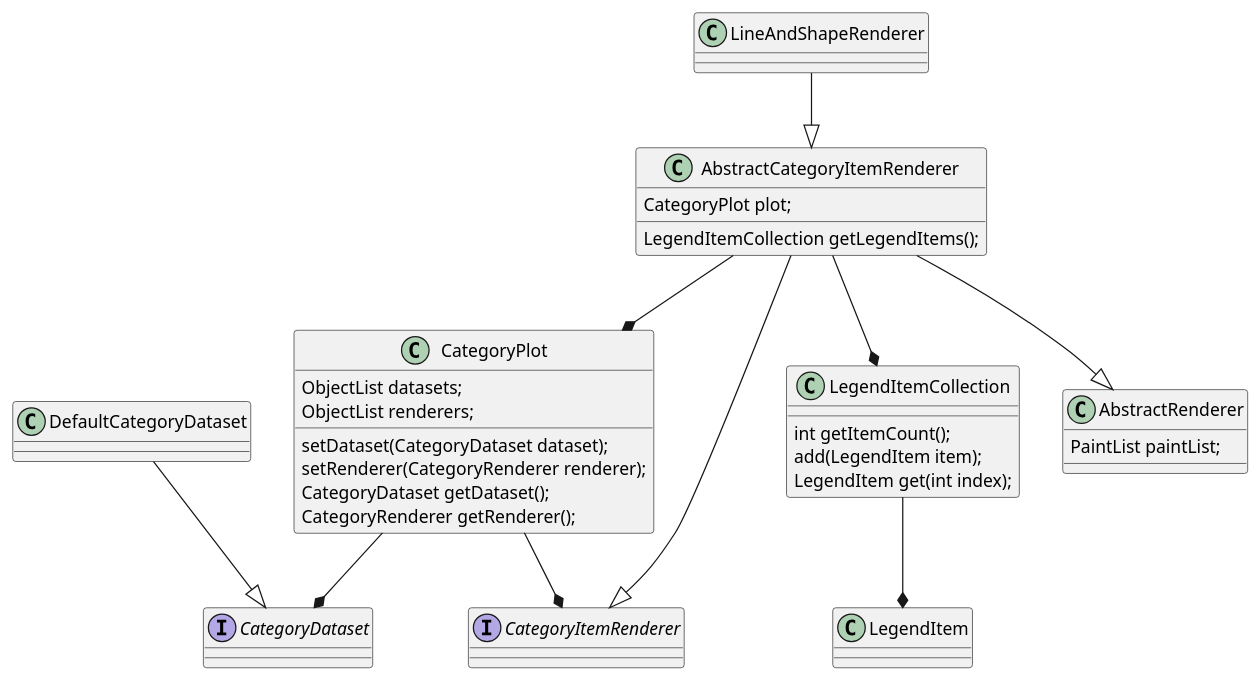
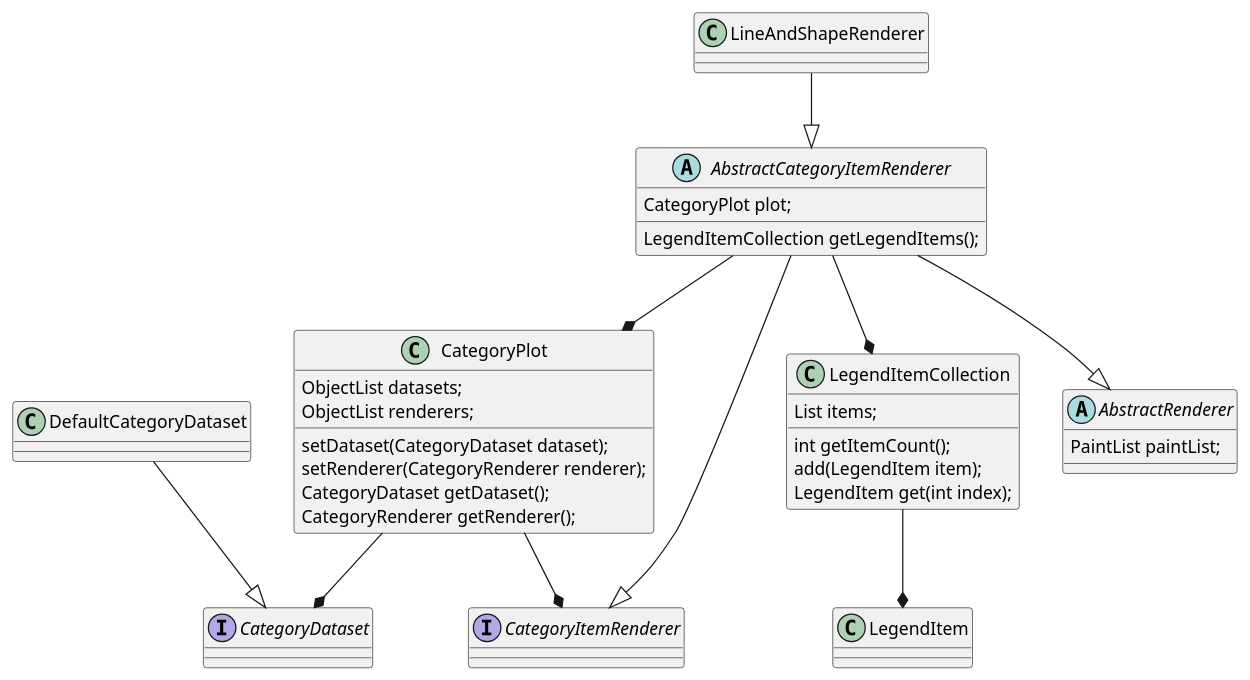
The diagram in Chart/1/umls/test2947660.puml (boyang9602/APR_resources), drawn with PlantUML before and after one commit. The commit also changed 1 other file, not shown here.

Commit message:
update uml

```diff
--- a/Chart/1/umls/test2947660.puml
+++ b/Chart/1/umls/test2947660.puml
@@ -1,36 +1,36 @@
 @startuml
 interface CategoryItemRenderer
 interface CategoryDataset
-abstract AbstractCategoryItemRenderer
 class CategoryPlot {
     ObjectList datasets;
     ObjectList renderers;
 }
-class AbstractCategoryItemRenderer {
+abstract class AbstractCategoryItemRenderer {
 	CategoryPlot plot;
 	LegendItemCollection getLegendItems();
 }
 class CategoryPlot {
 	setDataset(CategoryDataset dataset);
 	setRenderer(CategoryRenderer renderer);
 	CategoryDataset getDataset();
 	CategoryRenderer getRenderer();
 }
 class LegendItemCollection {
+	List items;
 	int getItemCount();
 	add(LegendItem item);
 	LegendItem get(int index);
 }
-class AbstractRenderer {
+abstract class AbstractRenderer {
 	PaintList paintList;
 }
 LineAndShapeRenderer --|> AbstractCategoryItemRenderer
 AbstractCategoryItemRenderer --|> CategoryItemRenderer
 AbstractCategoryItemRenderer --|> AbstractRenderer
 DefaultCategoryDataset --|> CategoryDataset
 AbstractCategoryItemRenderer --* CategoryPlot
 CategoryPlot --* CategoryDataset
 CategoryPlot --* CategoryItemRenderer
 AbstractCategoryItemRenderer --* LegendItemCollection
 LegendItemCollection --* LegendItem
 @enduml
```
